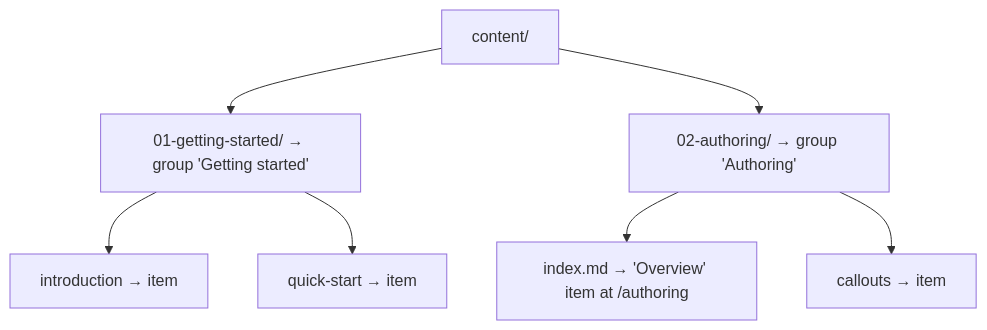
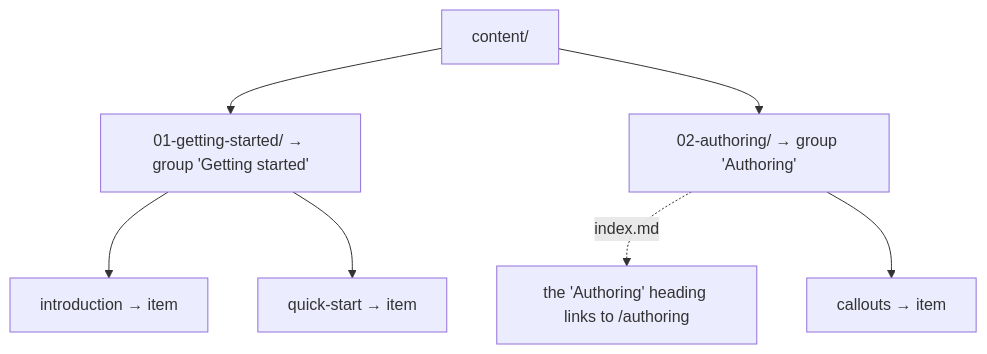
One commit to manchtools/open-docs changed the diagram in src/content/03-navigation/01-folder-derived-nav.md. Above: the diagram before and after it, drawn with Mermaid. The commit also changed other lines of this file and 17 other files, not shown here.

First line of the commit message:
feat: 0.3.0 UI batch — nav, TOC, mobile, mermaid, zoom, layout blocks, meta pages

````diff
--- a/src/content/03-navigation/01-folder-derived-nav.md
+++ b/src/content/03-navigation/01-folder-derived-nav.md
@@ -24,9 +24,9 @@
 ```mermaid
 flowchart TD
   root["content/"] --> g1["01-getting-started/ → group 'Getting started'"]
   root --> g2["02-authoring/ → group 'Authoring'"]
   g1 --> i1["introduction → item"]
   g1 --> i2["quick-start → item"]
-  g2 --> i3["index.md → 'Overview' item at /authoring"]
+  g2 -.->|index.md| u2["the 'Authoring' heading links to /authoring"]
   g2 --> i4["callouts → item"]
 ```
````
